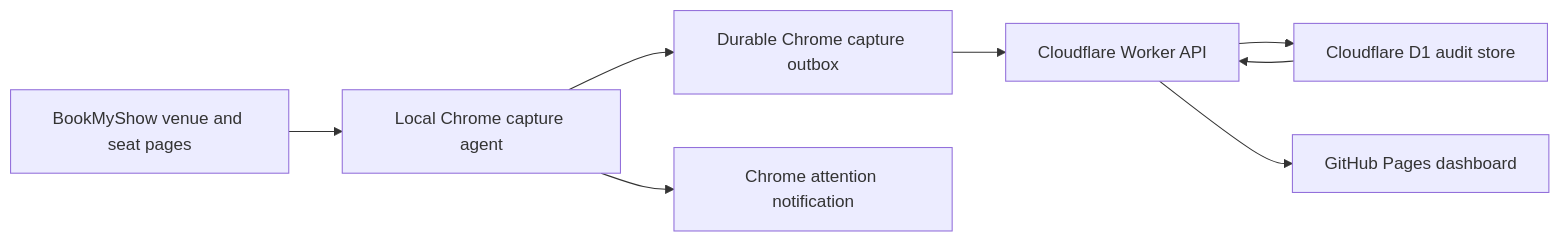
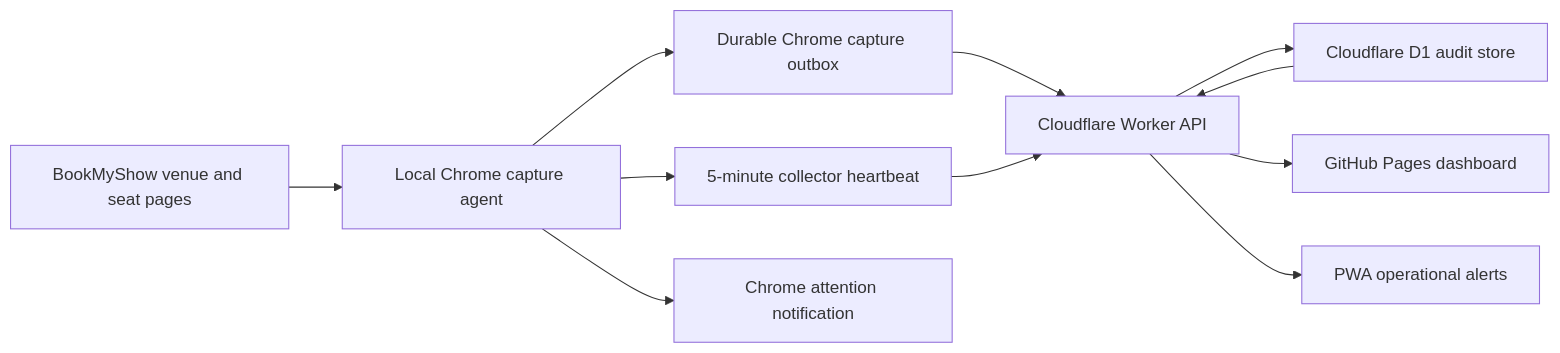
The diagram in docs/ARCHITECTURE.md (sathvikm9/Madanapalle), drawn with Mermaid before and after one commit. The commit also changed other lines of this file and 17 other files, not shown here.

````diff
--- a/docs/ARCHITECTURE.md
+++ b/docs/ARCHITECTURE.md
@@ -16,10 +16,13 @@
 ```mermaid
 flowchart LR
   BMS["BookMyShow venue and seat pages"] --> C["Local Chrome capture agent"]
   C --> OUTBOX["Durable Chrome capture outbox"]
+  C --> HEARTBEAT["5-minute collector heartbeat"]
   OUTBOX --> API["Cloudflare Worker API"]
+  HEARTBEAT --> API
   API --> DB["Cloudflare D1 audit store"]
   DB --> API
   API --> WEB["GitHub Pages dashboard"]
+  API --> PUSH["PWA operational alerts"]
   C --> ALERT["Chrome attention notification"]
 ```
````
